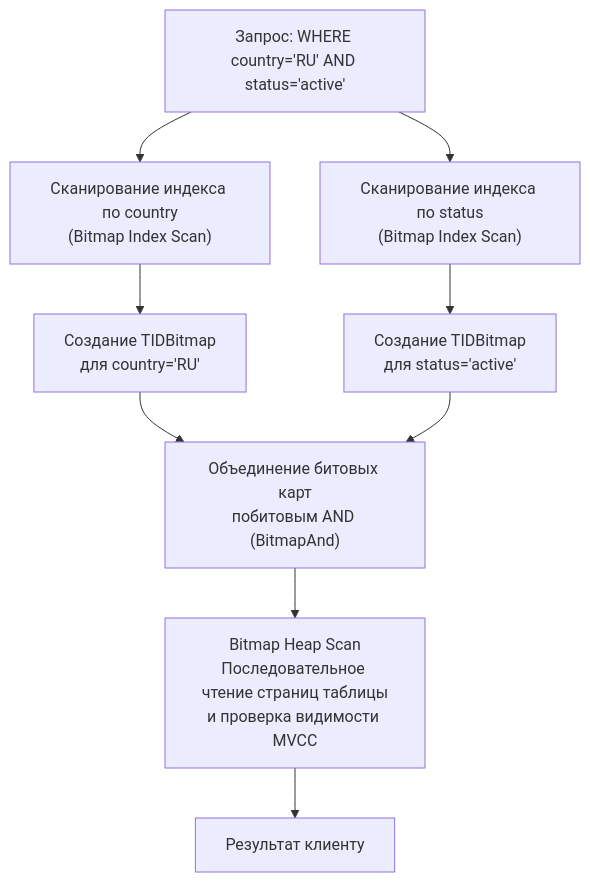
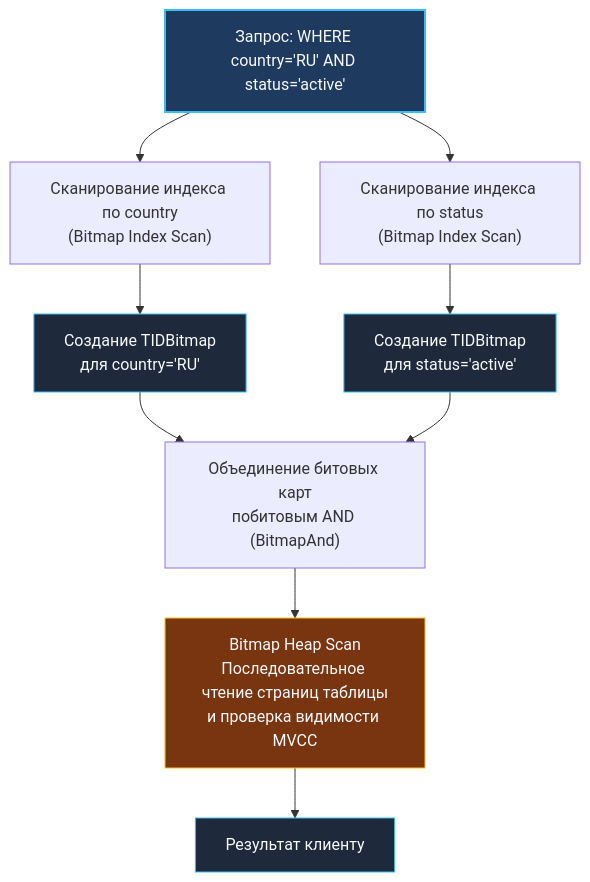
Before and after one commit to UnrealTemplier/go-textbook: the second of 2 diagrams in sources/12. Базы данных/04. Индексы и производительность/4. Bitmap индекс.md, drawn with Mermaid. The commit also changed other lines of this file and 1666 other files, not shown here.

First line of the commit message:
feat(mermaid): add semantic color classDef to 1369 colorless flowchart/graph diagrams

````diff
--- a/sources/12. Базы данных/04. Индексы и производительность/4. Bitmap индекс.md
+++ b/sources/12. Базы данных/04. Индексы и производительность/4. Bitmap индекс.md
@@ -124,20 +134,30 @@
 ```mermaid
 flowchart TD
-    Query["Запрос: WHERE country='RU' AND status='active'"]
+    classDef process  fill:#1e293b,stroke:#38bdf8,stroke-width:1px,color:#f8fafc
+    classDef success  fill:#064e3b,stroke:#34d399,stroke-width:1px,color:#f8fafc
+    classDef error    fill:#7f1d1d,stroke:#f87171,stroke-width:1px,color:#f8fafc
+    classDef warning  fill:#78350f,stroke:#fbbf24,stroke-width:1px,color:#f8fafc
+    classDef entry    fill:#1e3a5f,stroke:#38bdf8,stroke-width:2px,color:#f8fafc
+    classDef aux      fill:#334155,stroke:#64748b,stroke-width:1px,color:#f8fafc
+    classDef system   fill:#312e81,stroke:#a78bfa,stroke-width:1px,color:#f8fafc
+    classDef data     fill:#132d29,stroke:#2dd4bf,stroke-width:1px,color:#f8fafc
+    classDef network  fill:#881337,stroke:#fb7185,stroke-width:1px,color:#f8fafc
+    classDef accent   fill:#1e1b4b,stroke:#818cf8,stroke-width:1px,color:#f8fafc
+    Query["Запрос: WHERE country='RU' AND status='active'"]:::entry
     CountryIdx["Сканирование индекса по country<br>(Bitmap Index Scan)"]
     StatusIdx["Сканирование индекса по status<br>(Bitmap Index Scan)"]
-    Bitmap1["Создание TIDBitmap<br>для country='RU'"]
-    Bitmap2["Создание TIDBitmap<br>для status='active'"]
+    Bitmap1["Создание TIDBitmap<br>для country='RU'"]:::process
+    Bitmap2["Создание TIDBitmap<br>для status='active'"]:::process
     Combine["Объединение битовых карт<br>побитовым AND (BitmapAnd)"]
-    HeapScan["Bitmap Heap Scan<br>Последовательное чтение страниц таблицы<br>и проверка видимости MVCC"]
-    Result["Результат клиенту"]
+    HeapScan["Bitmap Heap Scan<br>Последовательное чтение страниц таблицы<br>и проверка видимости MVCC"]:::warning
+    Result["Результат клиенту"]:::process
 
     Query --> CountryIdx
     Query --> StatusIdx
     CountryIdx --> Bitmap1
     StatusIdx --> Bitmap2
     Bitmap1 --> Combine
     Bitmap2 --> Combine
     Combine --> HeapScan
     HeapScan --> Result
 ```
````
